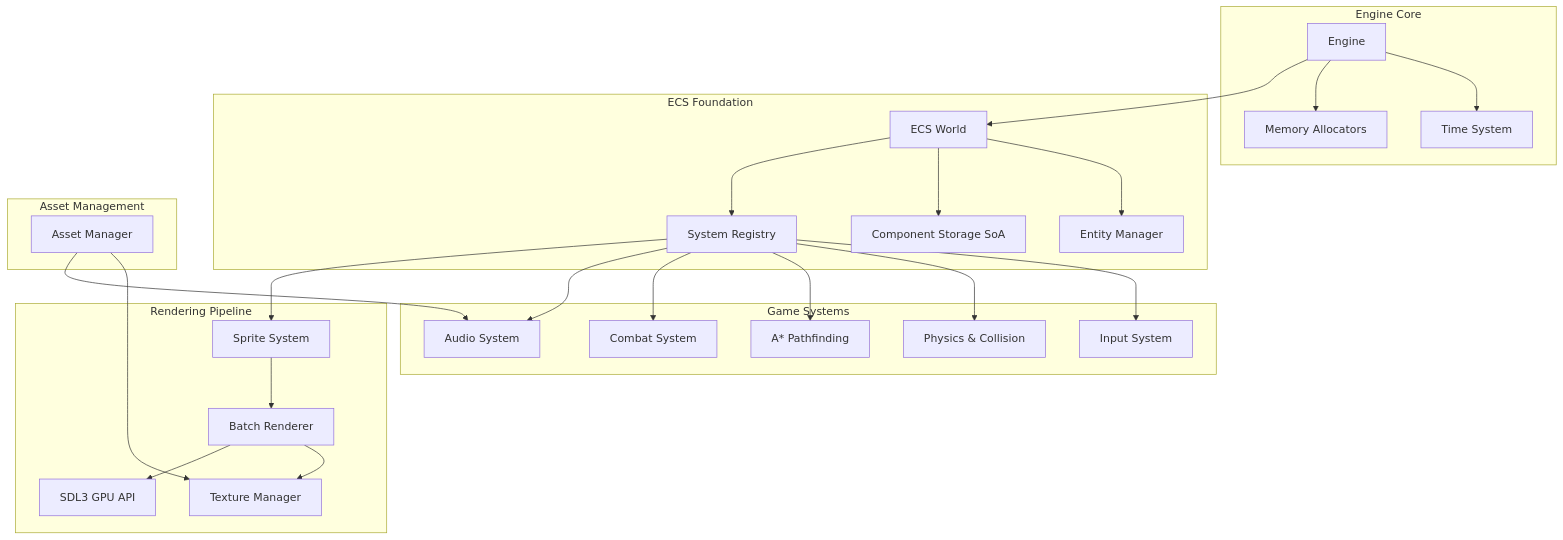
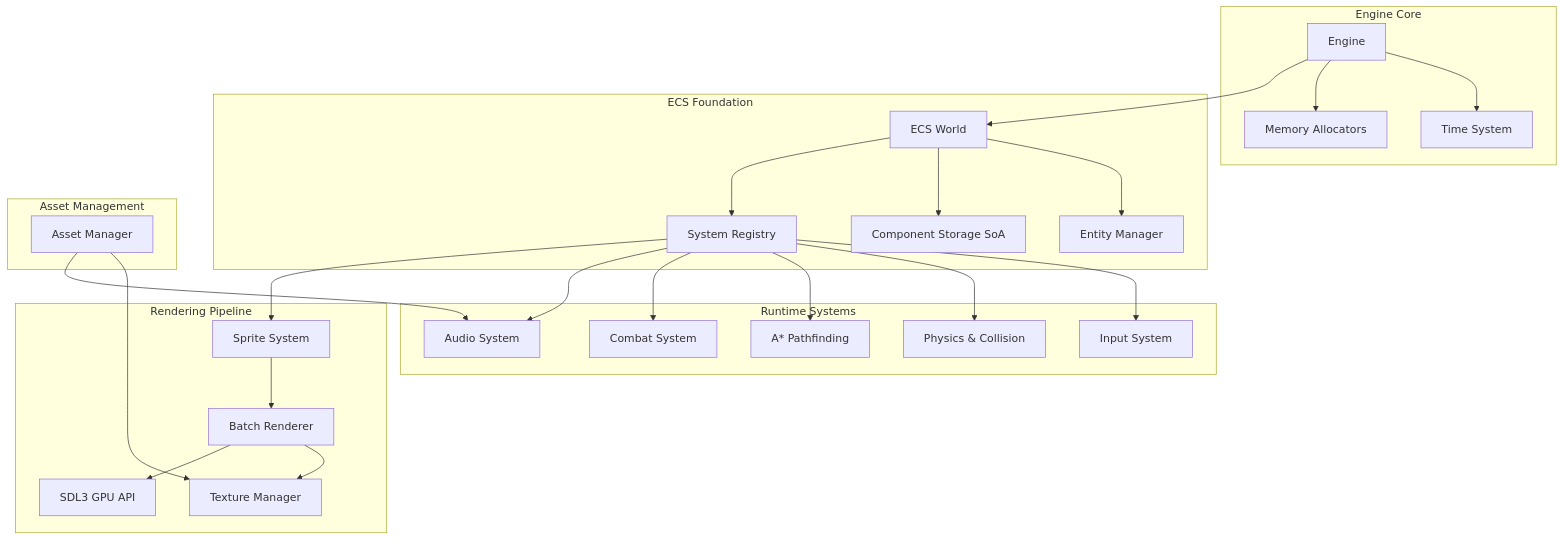
One commit to jamestl90/realm_engine changed the first of 4 diagrams in docs/ARCHITECTURE.md. Above: the diagram before and after it, drawn with Mermaid. The commit also changed other lines of this file and 33 other files, not shown here.

````diff
--- a/docs/ARCHITECTURE.md
+++ b/docs/ARCHITECTURE.md
@@ -47,55 +53,55 @@
 ```mermaid
 graph TB
     subgraph "Engine Core"
         Engine[Engine]
         Time[Time System]
         Memory[Memory Allocators]
     end
     
     subgraph "ECS Foundation"
         World[ECS World]
         Entity[Entity Manager]
         Component[Component Storage SoA]
         System[System Registry]
     end
     
-    subgraph "Game Systems"
+    subgraph "Runtime Systems"
         Input[Input System]
         Physics[Physics & Collision]
         Pathfinding[A* Pathfinding]
         Combat[Combat System]
         Audio[Audio System]
     end
     
     subgraph "Rendering Pipeline"
         Renderer[Batch Renderer]
         Sprite[Sprite System]
         Texture[Texture Manager]
         GPU[SDL3 GPU API]
     end
     
     subgraph "Asset Management"
         Assets[Asset Manager]
     end
     
     Engine --> Time
     Engine --> Memory
     Engine --> World
     World --> Entity
     World --> Component
     World --> System
     
     System --> Input
     System --> Physics
     System --> Pathfinding
     System --> Combat
     System --> Audio
     System --> Sprite
     
     Sprite --> Renderer
     Renderer --> Texture
     Renderer --> GPU
     
     Assets --> Texture
     Assets --> Audio
 ```
````
